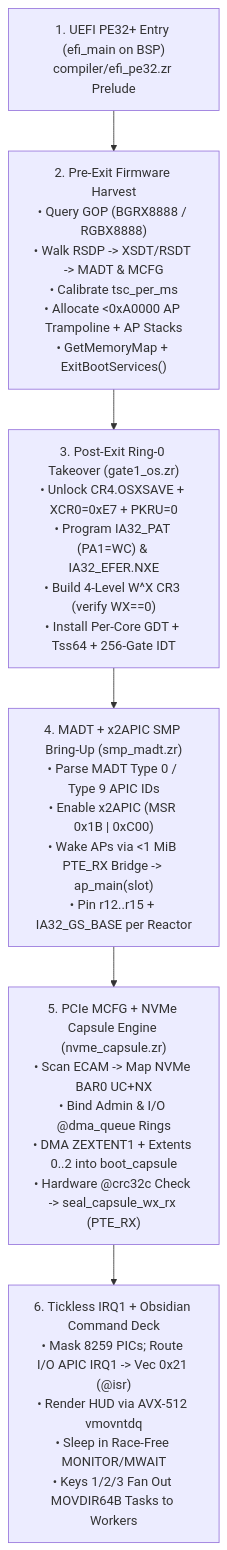
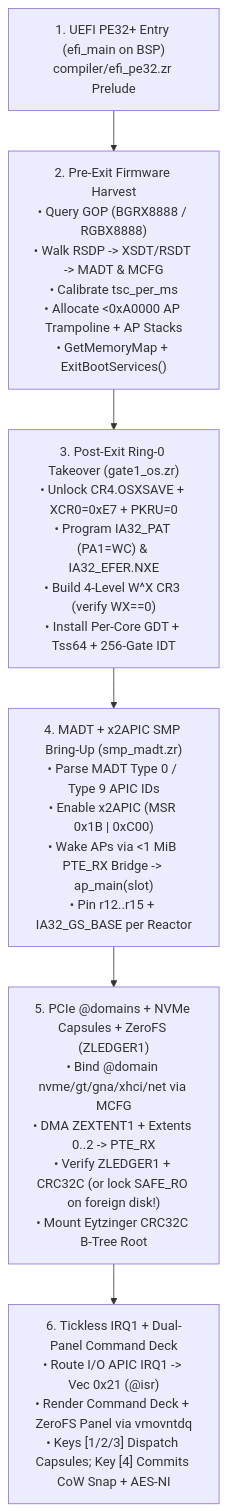
Before and after one commit to Cetin-Furkan/zero: the diagram in ZERO_OS_ARCHITECTURE.md, drawn with Mermaid. The commit also changed other lines of this file and 18 other files, not shown here.

Commit message:
Stage 2: Implement ZeroFS (ZLEDGER1) CoW NVMe Engine, AES-NI/SHA-NI & Non-POSIX @domains (107 PASS / 0 FAIL)

````diff
--- a/ZERO_OS_ARCHITECTURE.md
+++ b/ZERO_OS_ARCHITECTURE.md
@@ -44,8 +45,8 @@
 ```mermaid
 flowchart TD
     UEFI["1. UEFI PE32+ Entry (efi_main on BSP)\ncompiler/efi_pe32.zr Prelude"] --> PRE["2. Pre-Exit Firmware Harvest\n• Query GOP (BGRX8888 / RGBX8888)\n• Walk RSDP -> XSDT/RSDT -> MADT & MCFG\n• Calibrate tsc_per_ms\n• Allocate <0xA0000 AP Trampoline + AP Stacks\n• GetMemoryMap + ExitBootServices()"]
     PRE --> WX["3. Post-Exit Ring-0 Takeover (gate1_os.zr)\n• Unlock CR4.OSXSAVE + XCR0=0xE7 + PKRU=0\n• Program IA32_PAT (PA1=WC) & IA32_EFER.NXE\n• Build 4-Level W^X CR3 (verify WX==0)\n• Install Per-Core GDT + Tss64 + 256-Gate IDT"]
     WX --> SMP["4. MADT + x2APIC SMP Bring-Up (smp_madt.zr)\n• Parse MADT Type 0 / Type 9 APIC IDs\n• Enable x2APIC (MSR 0x1B | 0xC00)\n• Wake APs via <1 MiB PTE_RX Bridge -> ap_main(slot)\n• Pin r12..r15 + IA32_GS_BASE per Reactor"]
-    SMP --> NVME["5. PCIe MCFG + NVMe Capsule Engine (nvme_capsule.zr)\n• Scan ECAM -> Map NVMe BAR0 UC+NX\n• Bind Admin & I/O @dma_queue Rings\n• DMA ZEXTENT1 + Extents 0..2 into boot_capsule\n• Hardware @crc32c Check -> seal_capsule_wx_rx (PTE_RX)"]
-    NVME --> DECK["6. Tickless IRQ1 + Obsidian Command Deck\n• Mask 8259 PICs; Route I/O APIC IRQ1 -> Vec 0x21 (@isr)\n• Render HUD via AVX-512 vmovntdq\n• Sleep in Race-Free MONITOR/MWAIT\n• Keys 1/2/3 Fan Out MOVDIR64B Tasks to Workers"]
+    SMP --> NVME["5. PCIe @domains + NVMe Capsules + ZeroFS (ZLEDGER1)\n• Bind @domain nvme/gt/gna/xhci/net via MCFG\n• DMA ZEXTENT1 + Extents 0..2 -> PTE_RX\n• Verify ZLEDGER1 + CRC32C (or lock SAFE_RO on foreign disk!)\n• Mount Eytzinger CRC32C B-Tree Root"]
+    NVME --> DECK["6. Tickless IRQ1 + Dual-Panel Command Deck\n• Route I/O APIC IRQ1 -> Vec 0x21 (@isr)\n• Render Command Deck + ZeroFS Panel via vmovntdq\n• Keys [1/2/3] Dispatch Capsules; Key [4] Commits CoW Snap + AES-NI"]
 ```
````
